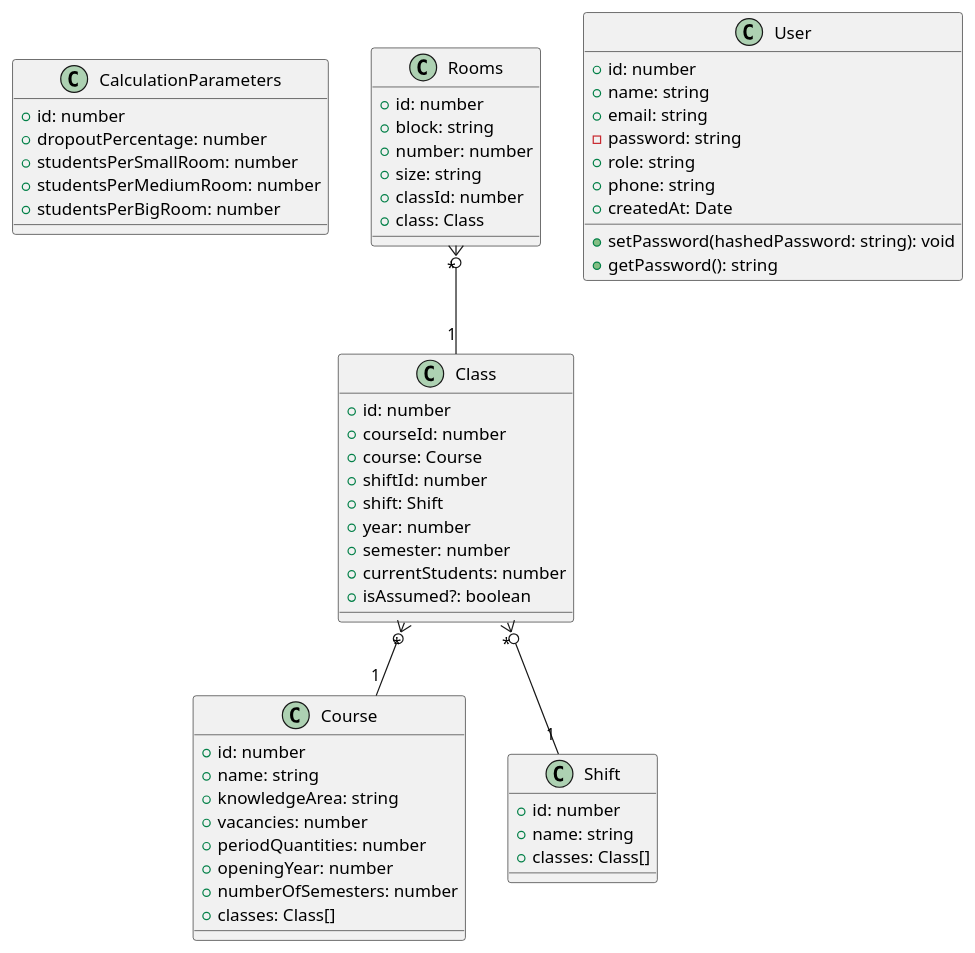
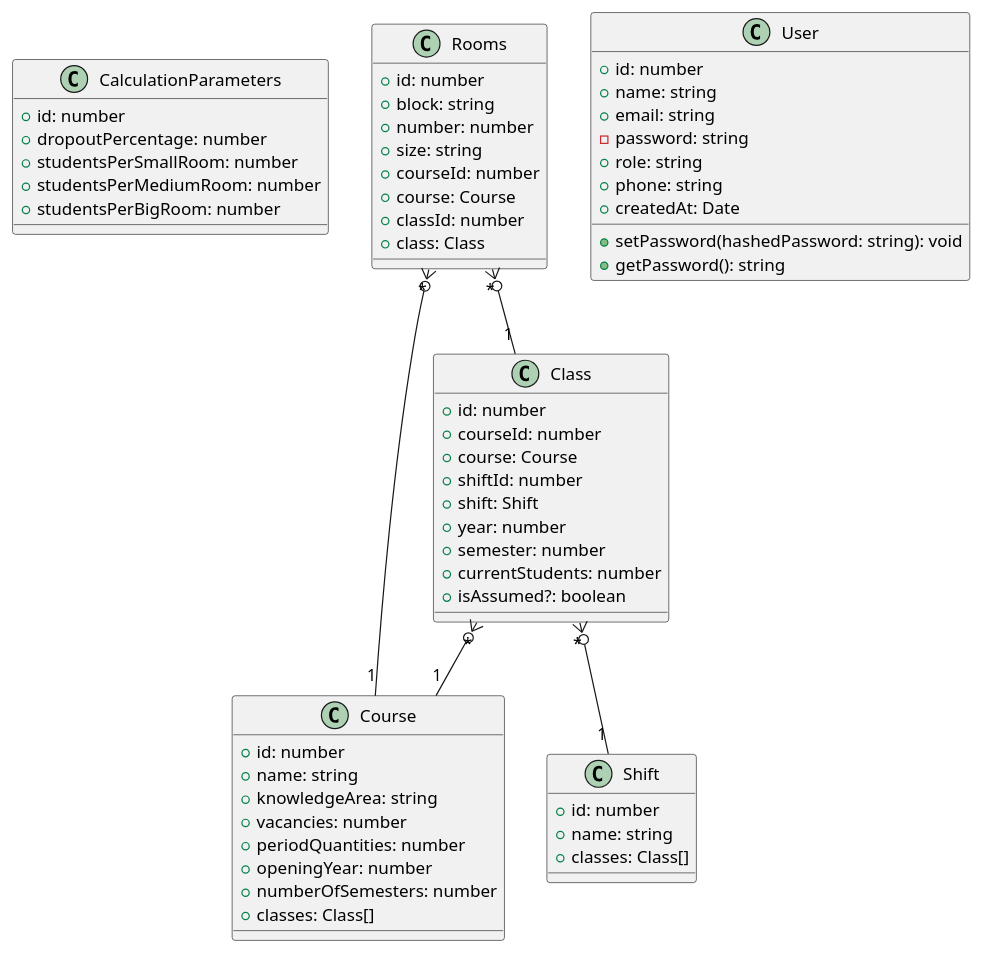
The diagram in docs/uml/_combined.puml (Grupo-5-Biopark/grupo05), drawn with PlantUML before and after one commit. The commit also changed 9 other files, not shown here.

```diff
--- a/docs/uml/_combined.puml
+++ b/docs/uml/_combined.puml
@@ -1,64 +1,67 @@
 @startuml
 ' Combined Domain Model
-' Generated: 2025-11-24T23:18:13.912Z
+' Generated: 2025-12-02T05:22:32.008Z
 ' Modules: calculation-parameters, classes, courses, rooms, shifts, users
 
 
 class CalculationParameters {
     +id: number
     +dropoutPercentage: number
     +studentsPerSmallRoom: number
     +studentsPerMediumRoom: number
     +studentsPerBigRoom: number
 }
 class Course {
     +id: number
     +name: string
     +knowledgeArea: string
     +vacancies: number
     +periodQuantities: number
     +openingYear: number
     +numberOfSemesters: number
     +classes: Class[]
 }
 class Shift {
     +id: number
     +name: string
     +classes: Class[]
 }
 class Class {
     +id: number
     +courseId: number
     +course: Course
     +shiftId: number
     +shift: Shift
     +year: number
     +semester: number
     +currentStudents: number
     +isAssumed?: boolean
 }
 class Rooms {
     +id: number
     +block: string
     +number: number
     +size: string
+    +courseId: number
+    +course: Course
     +classId: number
     +class: Class
 }
 class User {
     +id: number
     +name: string
     +email: string
     -password: string
     +role: string
     +phone: string
     +createdAt: Date
     +setPassword(hashedPassword: string): void
     +getPassword(): string
 }
 
 ' Relationships
 Class "*" }o-- "1" Course
 Class "*" }o-- "1" Shift
+Rooms "*" }o-- "1" Course
 Rooms "*" }o-- "1" Class
 @enduml
```
